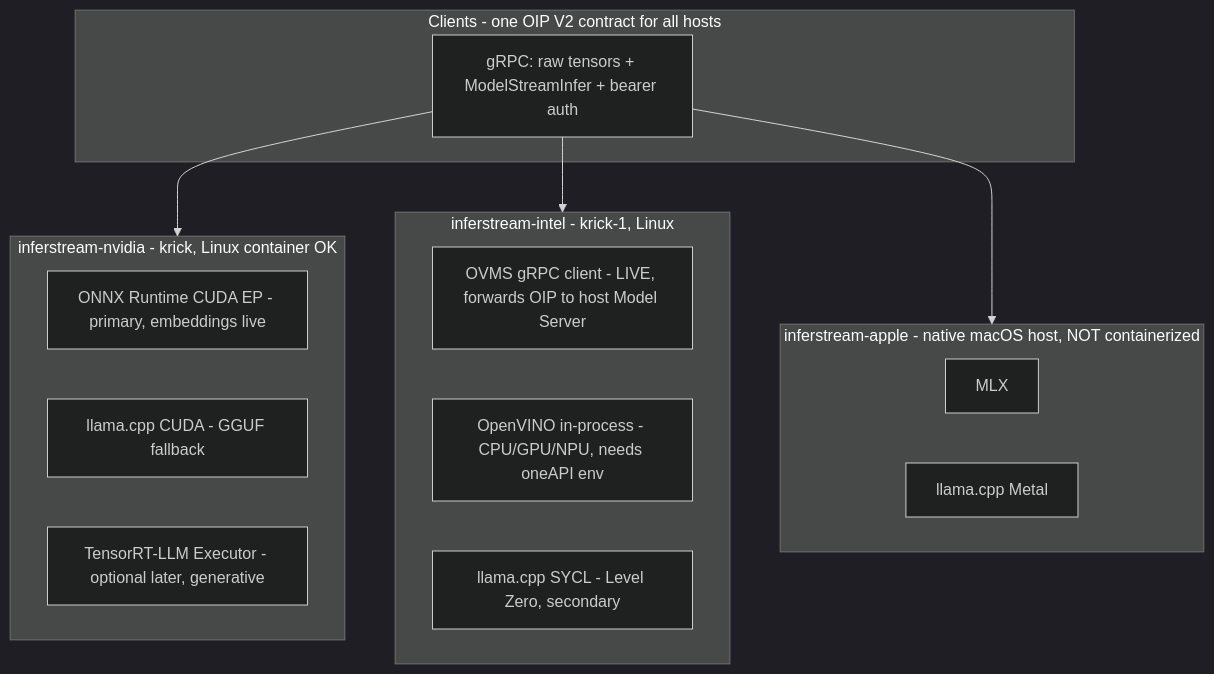
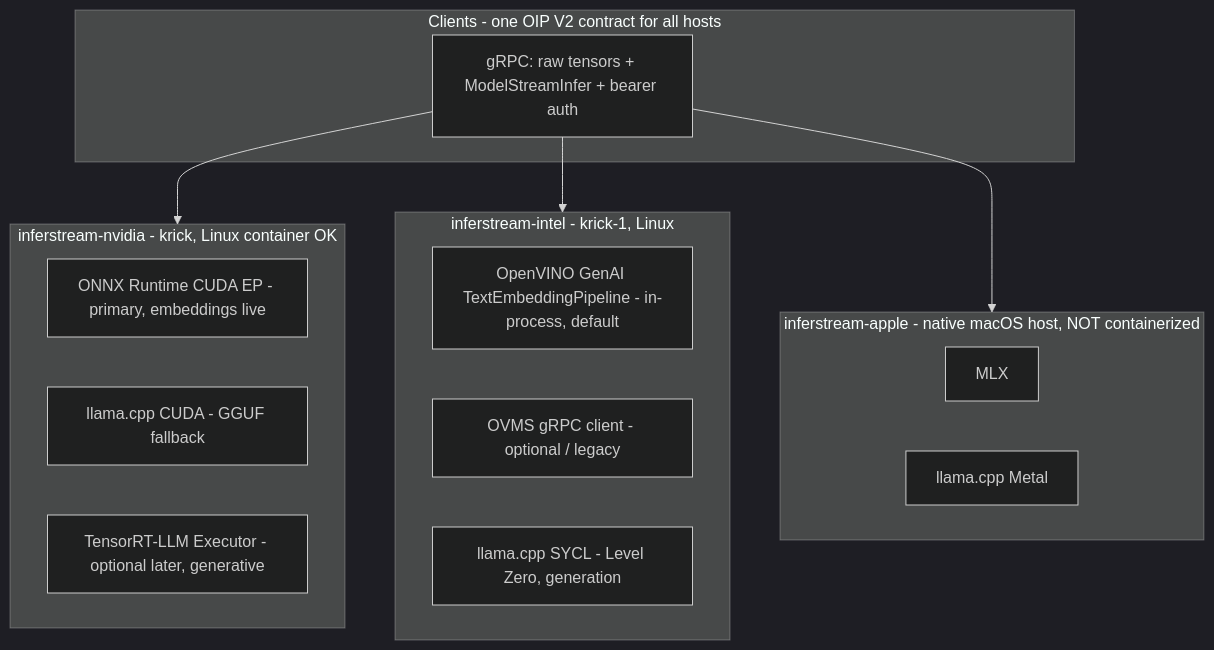
Before and after one commit to ai-pipestream/turboembed: the diagram in README.md, drawn with Mermaid (dark theme). The commit also changed other lines of this file and 27 other files, not shown here.

First line of the commit message:
feat: in-process OpenVINO GenAI TextEmbeddingPipeline embed backend

````diff
--- a/README.md
+++ b/README.md
@@ -34,27 +34,27 @@
 ```mermaid
 flowchart TB
     subgraph clients [Clients - one OIP V2 contract for all hosts]
         C[gRPC: raw tensors + ModelStreamInfer + bearer auth]
     end
 
     subgraph nvidia [inferstream-nvidia - krick, Linux container OK]
         N1[ONNX Runtime CUDA EP - primary, embeddings live]
         N2[llama.cpp CUDA - GGUF fallback]
         N3[TensorRT-LLM Executor - optional later, generative]
     end
 
     subgraph intel [inferstream-intel - krick-1, Linux]
-        I0[OVMS gRPC client - LIVE, forwards OIP to host Model Server]
-        I1[OpenVINO in-process - CPU/GPU/NPU, needs oneAPI env]
-        I2[llama.cpp SYCL - Level Zero, secondary]
+        I0[OpenVINO GenAI TextEmbeddingPipeline - in-process, default]
+        I1[OVMS gRPC client - optional / legacy]
+        I2[llama.cpp SYCL - Level Zero, generation]
     end
 
     subgraph apple [inferstream-apple - native macOS host, NOT containerized]
         A1[MLX]
         A2[llama.cpp Metal]
     end
 
     C --> nvidia
     C --> intel
     C --> apple
 ```
````
